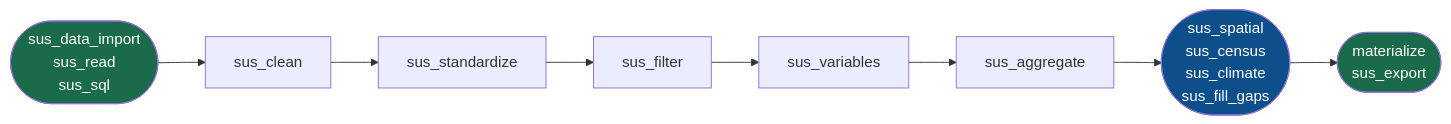
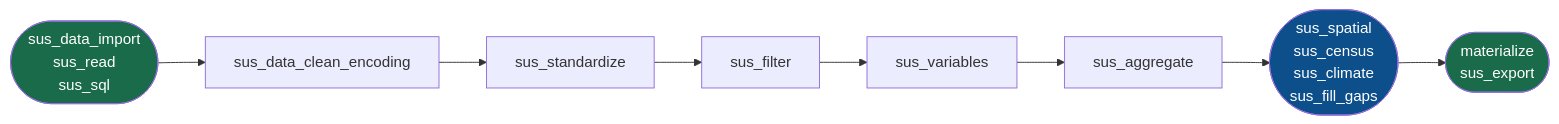
One commit to climasus/climasus4py changed the diagram in docs/pipeline-order.md. Above: the diagram before and after it, drawn with Mermaid. The commit also changed other lines of this file and 10 other files, not shown here.

Commit message:
refactor(api): rename sus_clean to sus_data_clean_encoding

````diff
--- a/docs/pipeline-order.md
+++ b/docs/pipeline-order.md
@@ -10,13 +10,13 @@
 ```mermaid
 flowchart LR
-    A(["sus_data_import\nsus_read\nsus_sql"]) --> B[sus_clean]
+    A(["sus_data_import\nsus_read\nsus_sql"]) --> B[sus_data_clean_encoding]
     B --> C[sus_standardize]
     C --> D[sus_filter]
     D --> E[sus_variables]
     E --> F[sus_aggregate]
     F --> G(["sus_spatial\nsus_census\nsus_climate\nsus_fill_gaps"])
     G --> H(["materialize\nsus_export"])
     style A fill:#1a6b4a,color:#fff
     style H fill:#1a6b4a,color:#fff
     style G fill:#0d4f8b,color:#fff
 ```
````
